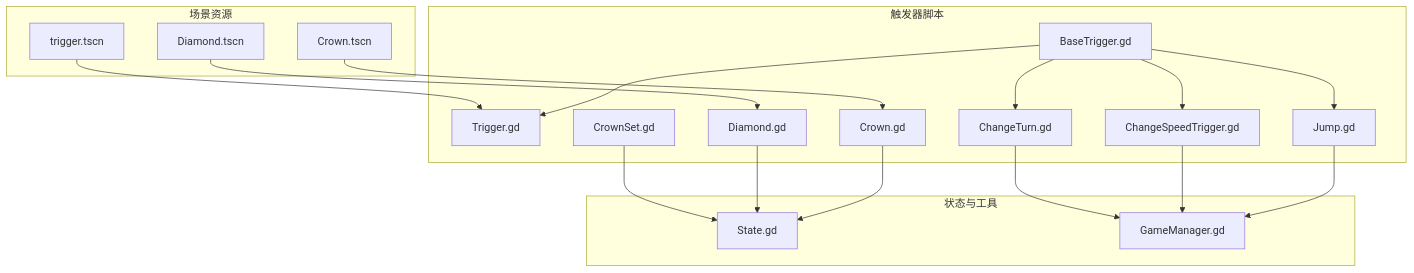
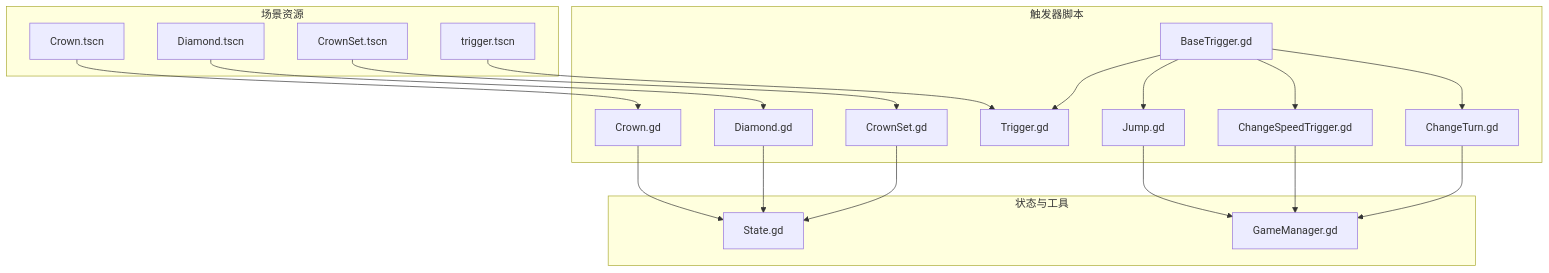
The first of 9 diagrams in .qoder/repowiki/zh/content/游戏系统/触发器系统/触发器系统.md (godotline/godot-line), drawn with Mermaid before and after one commit. The commit also changed other lines of this file and 7 other files, not shown here.

````diff
--- a/.qoder/repowiki/zh/content/游戏系统/触发器系统/触发器系统.md
+++ b/.qoder/repowiki/zh/content/游戏系统/触发器系统/触发器系统.md
@@ -53,35 +54,37 @@
 ```mermaid
 graph TB
 subgraph "触发器脚本"
 BT["BaseTrigger.gd"]
 TR["Trigger.gd"]
 JP["Jump.gd"]
 CST["ChangeSpeedTrigger.gd"]
 CT["ChangeTurn.gd"]
 CR["Crown.gd"]
 DM["Diamond.gd"]
 CS["CrownSet.gd"]
 end
 subgraph "状态与工具"
 ST["State.gd"]
 GM["GameManager.gd"]
 end
 subgraph "场景资源"
 SCRC["Crown.tscn"]
 SMD["Diamond.tscn"]
+SCS["CrownSet.tscn"]
 STR["trigger.tscn"]
 end
 BT --> TR
 BT --> JP
 BT --> CST
 BT --> CT
 CR --> ST
 DM --> ST
 CS --> ST
 JP --> GM
 CST --> GM
 CT --> GM
 SCRC --> CR
 SMD --> DM
+SCS --> CS
 STR --> TR
 ```
````
